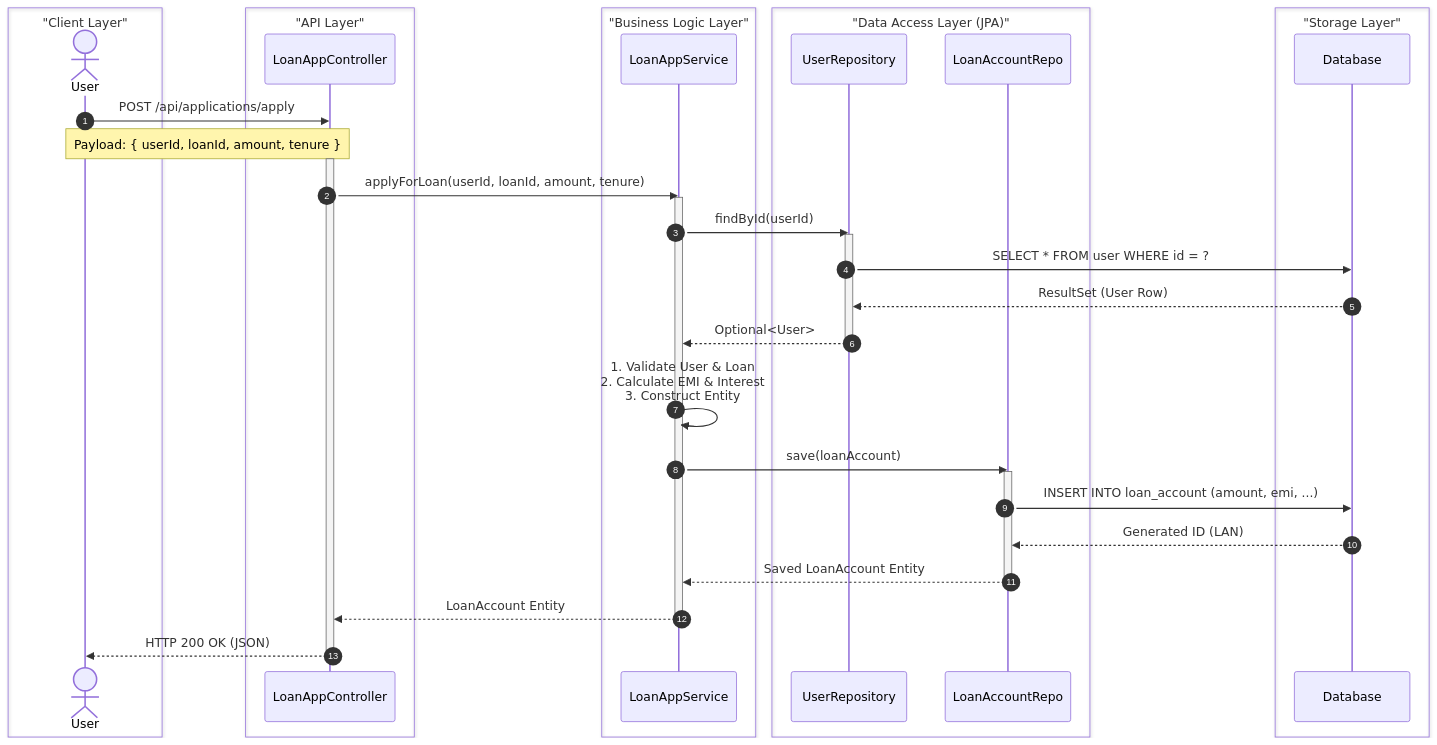
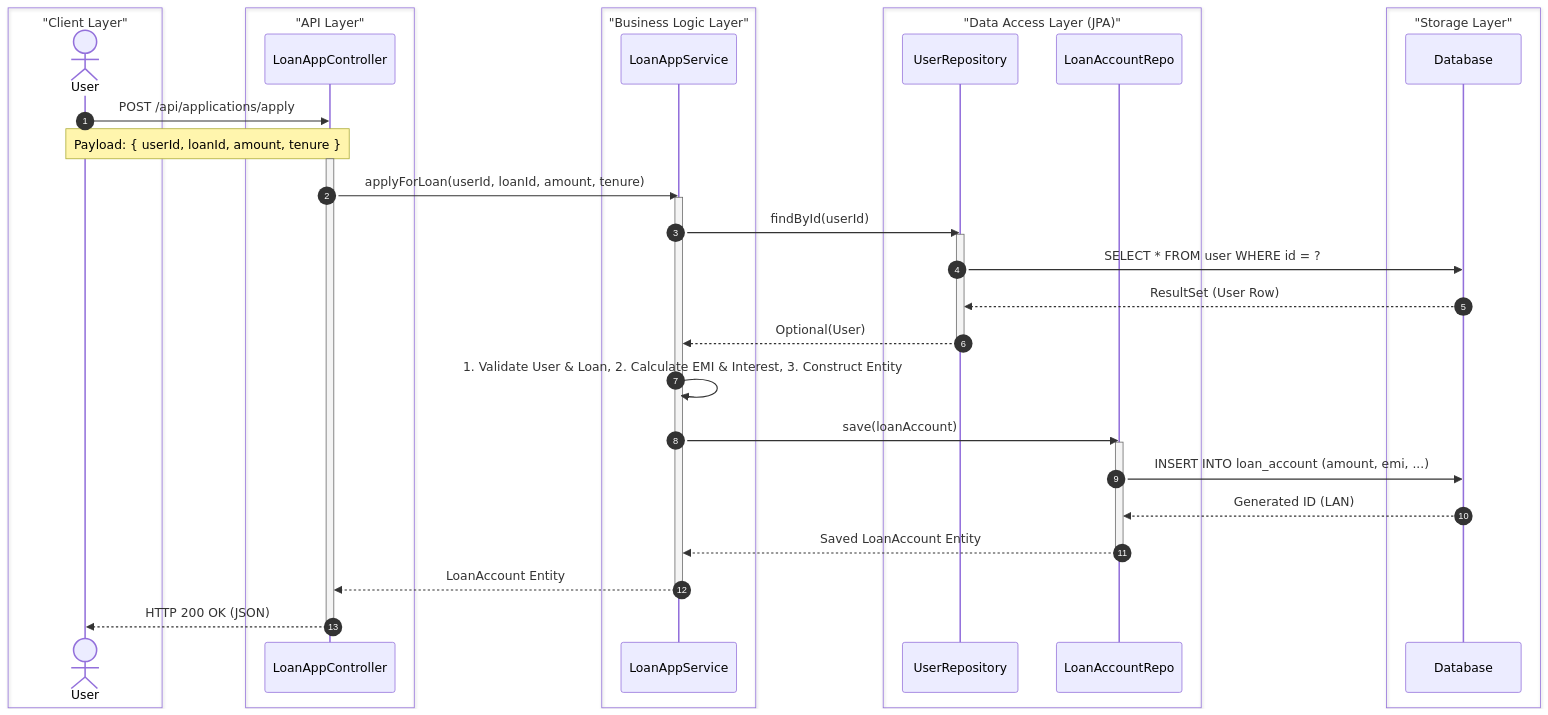
One commit to rohangupta513/LMS changed the third of 8 diagrams in architecture_diagrams.md. Above: the diagram before and after it, drawn with Mermaid. The commit also changed other lines of this file, not shown here.

Commit message:
Fix mermaid syntax rendering issues in architecture diagrams

````diff
--- a/architecture_diagrams.md
+++ b/architecture_diagrams.md
@@ -91,57 +91,57 @@
 ```mermaid
 sequenceDiagram
     autonumber
     
-    box transparent "Client Layer"
+    box "Client Layer"
         actor User
     end
     
-    box transparent "API Layer"
+    box "API Layer"
         participant Controller as LoanAppController
     end
     
-    box transparent "Business Logic Layer"
+    box "Business Logic Layer"
         participant Service as LoanAppService
     end
     
-    box transparent "Data Access Layer (JPA)"
+    box "Data Access Layer (JPA)"
         participant UserRepo as UserRepository
         participant LoanRepo as LoanAccountRepo
     end
     
-    box transparent "Storage Layer"
+    box "Storage Layer"
         participant DB as Database
     end
 
     User->>Controller: POST /api/applications/apply
     Note over User,Controller: Payload: { userId, loanId, amount, tenure }
     activate Controller
     
     Controller->>Service: applyForLoan(userId, loanId, amount, tenure)
     activate Service
     
     %% Fetch User Step
     Service->>UserRepo: findById(userId)
     activate UserRepo
     UserRepo->>DB: SELECT * FROM user WHERE id = ?
     DB-->>UserRepo: ResultSet (User Row)
-    UserRepo-->>Service: Optional<User>
+    UserRepo-->>Service: Optional(User)
     deactivate UserRepo
     
     %% Internal Logic Step
-    Service->>Service: 1. Validate User & Loan<br/>2. Calculate EMI & Interest<br/>3. Construct Entity
+    Service->>Service: 1. Validate User & Loan, 2. Calculate EMI & Interest, 3. Construct Entity
     
     %% Save Loan Step
     Service->>LoanRepo: save(loanAccount)
     activate LoanRepo
     LoanRepo->>DB: INSERT INTO loan_account (amount, emi, ...)
     DB-->>LoanRepo: Generated ID (LAN)
     LoanRepo-->>Service: Saved LoanAccount Entity
     deactivate LoanRepo
     
     Service-->>Controller: LoanAccount Entity
     deactivate Service
     
     Controller-->>User: HTTP 200 OK (JSON)
     deactivate Controller
 ```
````
